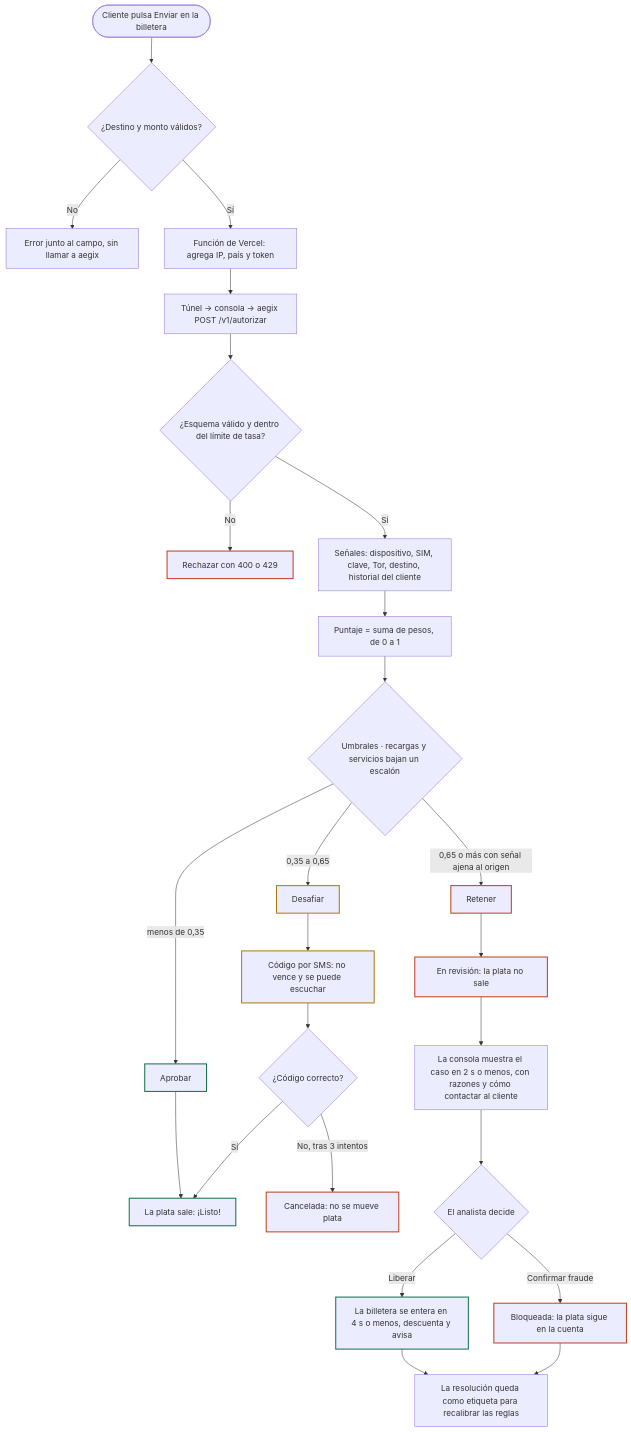
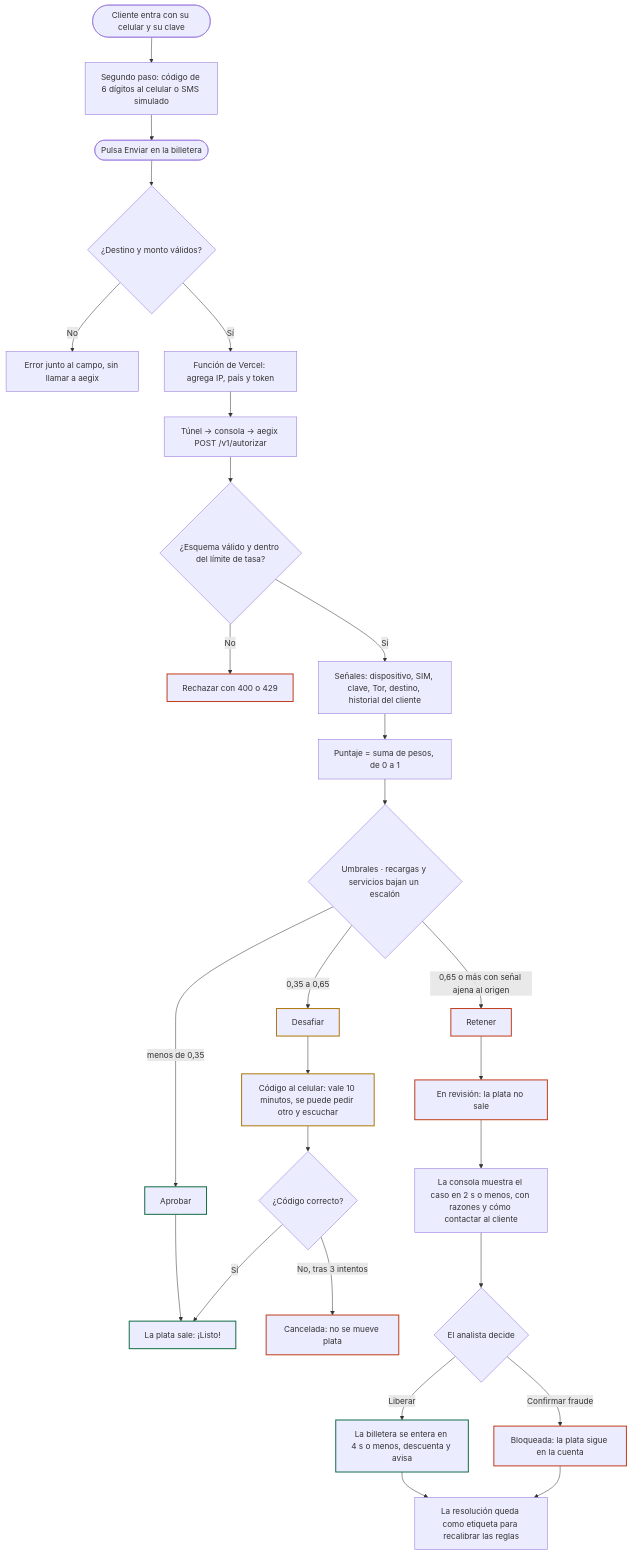
The first of 2 diagrams in docs/flujo.md (Elzepete/Aegix-yuma), drawn with Mermaid before and after one commit. The commit also changed 19 other files, not shown here.

First line of the commit message:
Verificación en dos pasos, códigos y avisos al celular con ntfy, y GitHub Pages

````diff
--- a/docs/flujo.md
+++ b/docs/flujo.md
@@ -8,33 +8,35 @@
 ```mermaid
 flowchart TD
-  A(["Cliente pulsa Enviar en la billetera"]) --> B{"¿Destino y monto válidos?"}
+  A0(["Cliente entra con su celular y su clave"]) --> A1["Segundo paso: código de 6 dígitos al celular o SMS simulado"]
+  A1 --> A(["Pulsa Enviar en la billetera"])
+  A --> B{"¿Destino y monto válidos?"}
   B -->|No| B1["Error junto al campo, sin llamar a aegix"]
   B -->|Sí| C["Función de Vercel: agrega IP, país y token"]
   C --> D["Túnel → consola → aegix POST /v1/autorizar"]
   D --> E{"¿Esquema válido y dentro del límite de tasa?"}
   E -->|No| E1["Rechazar con 400 o 429"]
   E -->|Sí| F["Señales: dispositivo, SIM, clave, Tor, destino, historial del cliente"]
   F --> G["Puntaje = suma de pesos, de 0 a 1"]
   G --> H{"Umbrales · recargas y servicios bajan un escalón"}
   H -->|menos de 0,35| AP["Aprobar"]
   H -->|0,35 a 0,65| DE["Desafiar"]
   H -->|0,65 o más con señal ajena al origen| RE["Retener"]
   AP --> AP1["La plata sale: ¡Listo!"]
-  DE --> DE1["Código por SMS: no vence y se puede escuchar"]
+  DE --> DE1["Código al celular: vale 10 minutos, se puede pedir otro y escuchar"]
   DE1 --> DE2{"¿Código correcto?"}
   DE2 -->|Sí| AP1
   DE2 -->|No, tras 3 intentos| X1["Cancelada: no se mueve plata"]
   RE --> RE1["En revisión: la plata no sale"]
   RE1 --> K["La consola muestra el caso en 2 s o menos, con razones y cómo contactar al cliente"]
   K --> L{"El analista decide"}
   L -->|Liberar| AP2["La billetera se entera en 4 s o menos, descuenta y avisa"]
   L -->|Confirmar fraude| X2["Bloqueada: la plata sigue en la cuenta"]
   AP2 --> M["La resolución queda como etiqueta para recalibrar las reglas"]
   X2 --> M
   classDef ok stroke:#17704A,stroke-width:2px
   classDef alerta stroke:#B07A10,stroke-width:2px
   classDef mal stroke:#C2401F,stroke-width:2px
   class AP,AP1,AP2 ok
   class DE,DE1 alerta
   class RE,RE1,E1,X1,X2 mal
 ```
````
